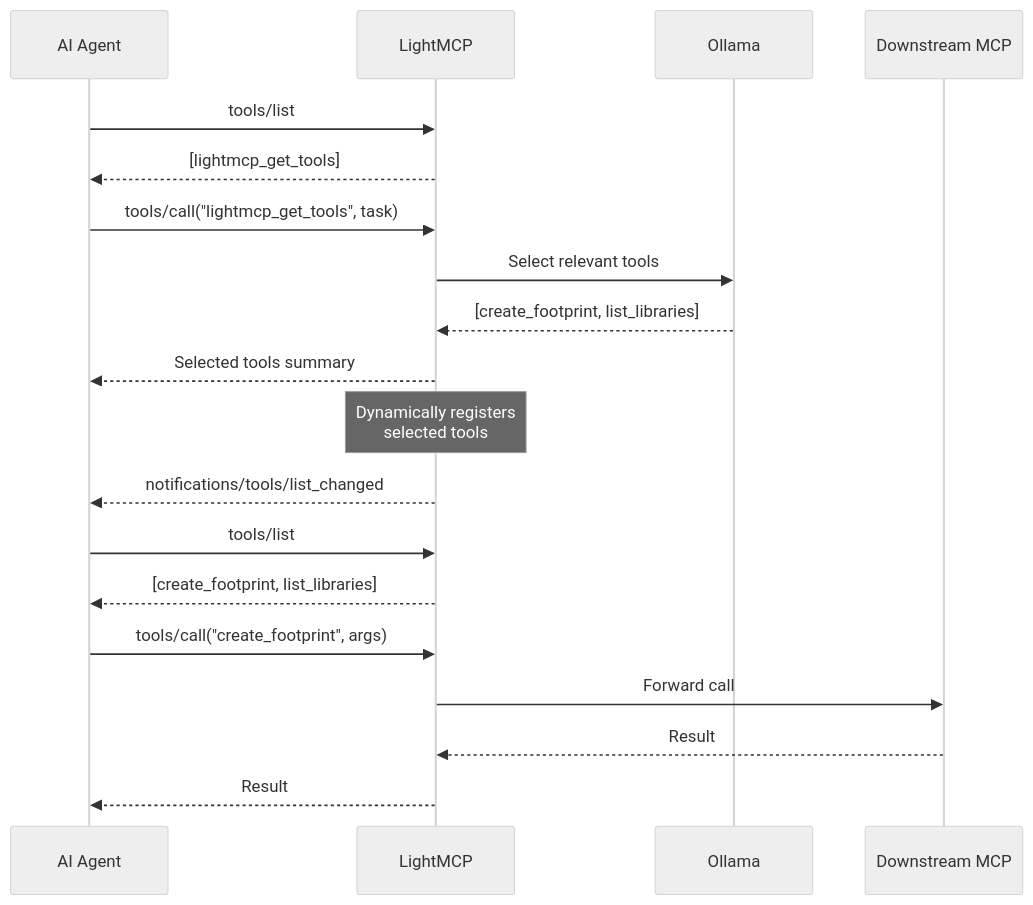
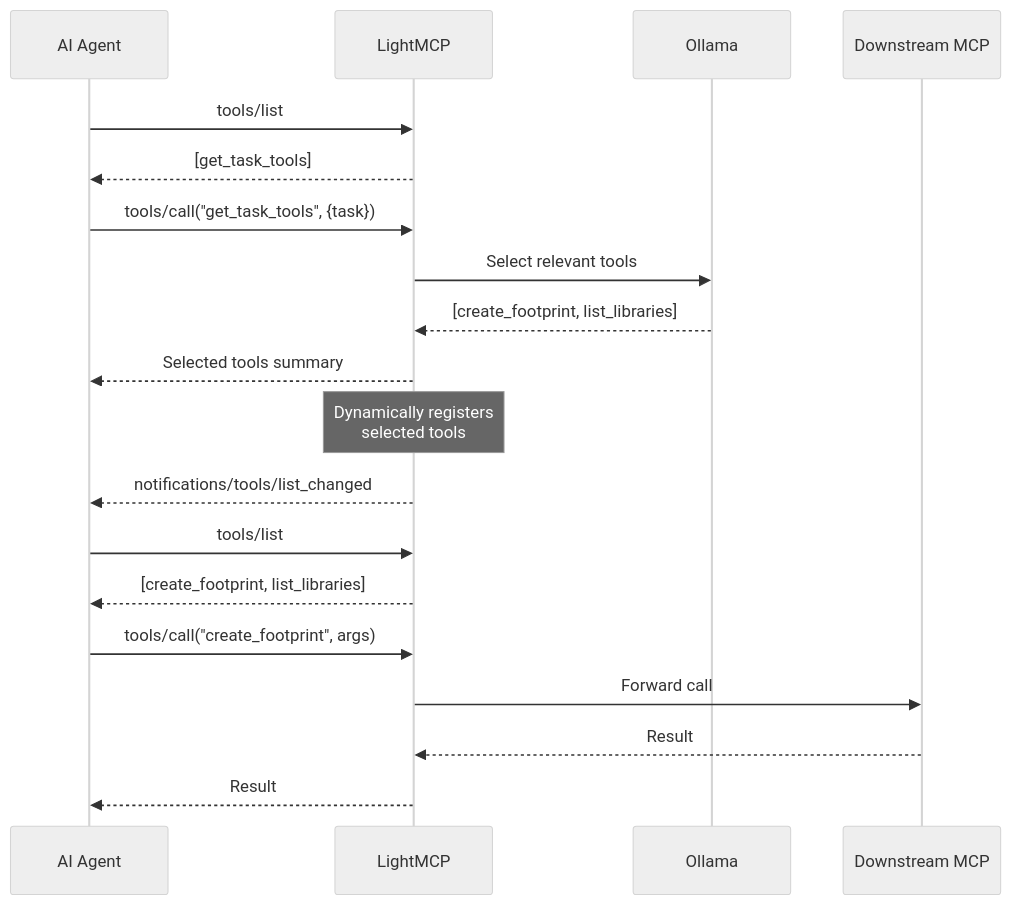
Before and after one commit to NulledNah/LightMCP: the first of 2 diagrams in README.md, drawn with Mermaid (neutral theme). The commit also changed other lines of this file, not shown here.

````diff
--- a/README.md
+++ b/README.md
@@ -108,26 +119,26 @@
 ```mermaid
 sequenceDiagram
     participant A as AI Agent
     participant L as LightMCP
     participant O as Ollama
     participant D as Downstream MCP
 
     A->>L: tools/list
-    L-->>A: [lightmcp_get_tools]
+    L-->>A: [get_task_tools]
 
-    A->>L: tools/call("lightmcp_get_tools", task)
+    A->>L: tools/call("get_task_tools", {task})
     L->>O: Select relevant tools
     O-->>L: [create_footprint, list_libraries]
     L-->>A: Selected tools summary
 
     Note over L: Dynamically registers<br/>selected tools
 
     L-->>A: notifications/tools/list_changed
     A->>L: tools/list
     L-->>A: [create_footprint, list_libraries]
 
     A->>L: tools/call("create_footprint", args)
     L->>D: Forward call
     D-->>L: Result
     L-->>A: Result
 ```
````
